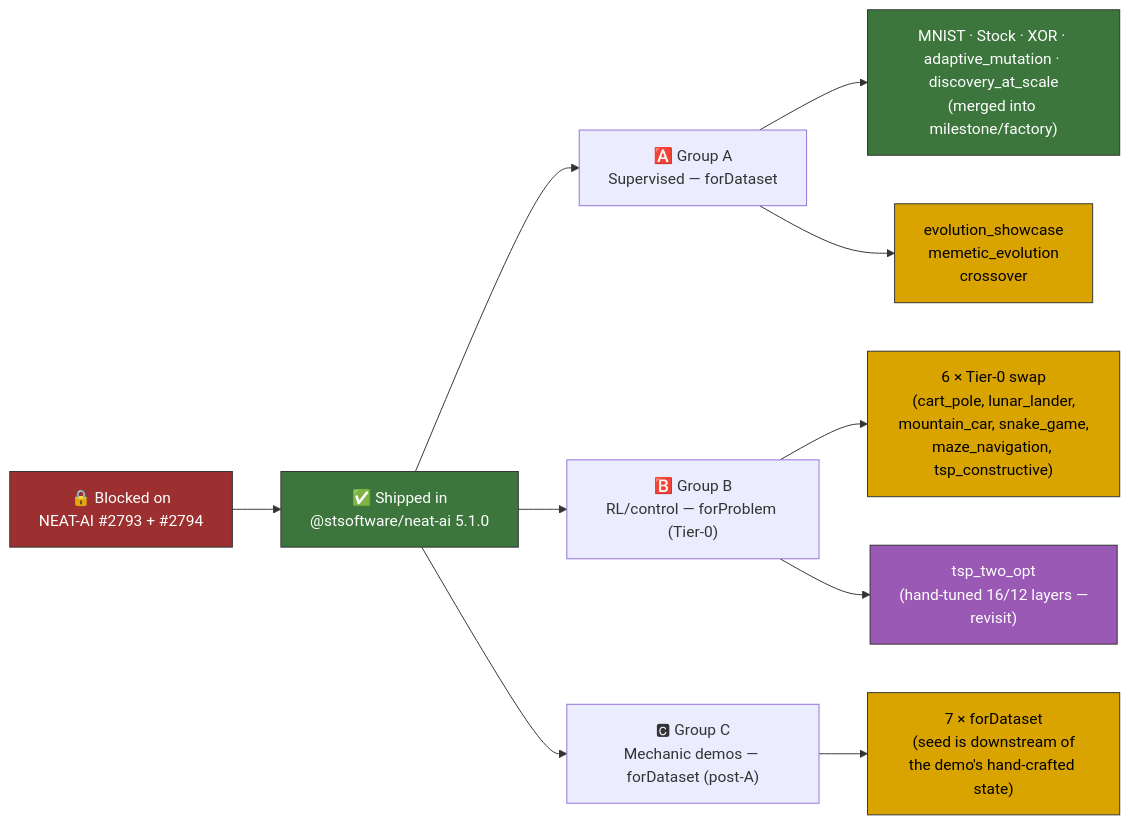
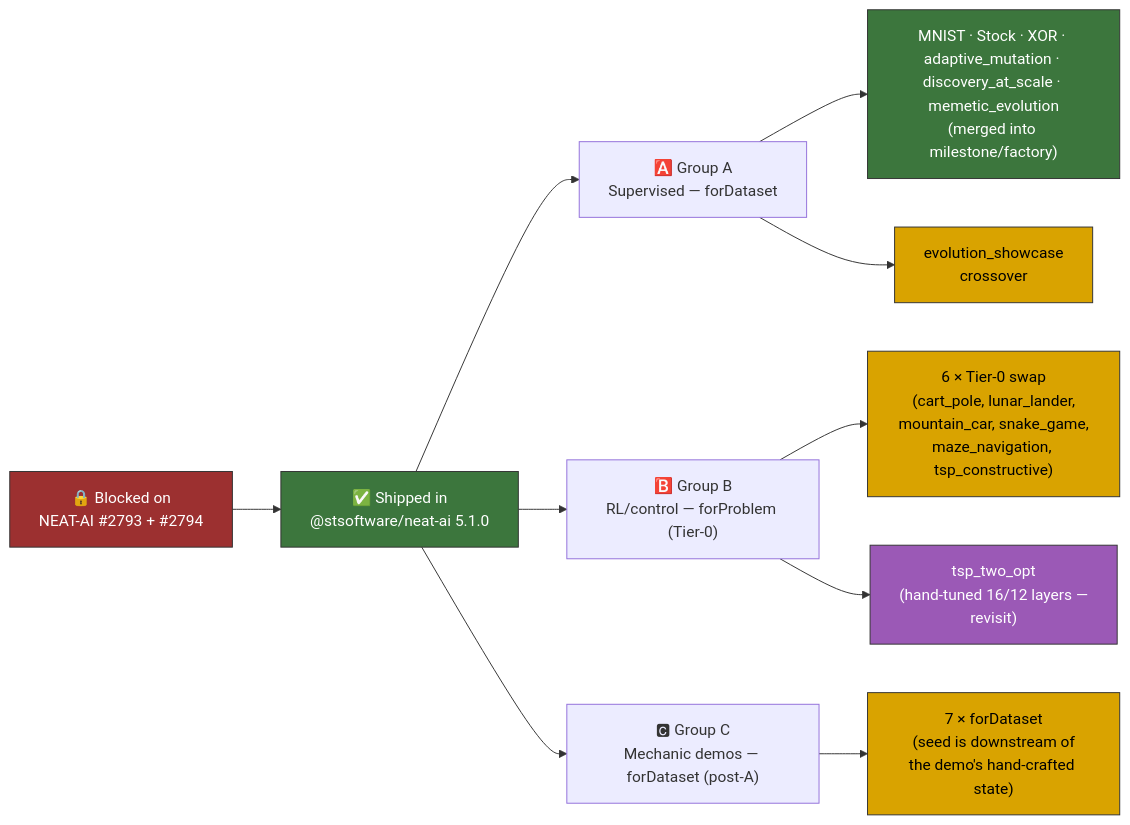
The diagram in docs/factory_adoption.md (stSoftwareAU/NEAT-AI-Examples), drawn with Mermaid before and after one commit. The commit also changed other lines of this file and 6 other files, not shown here.

First line of the commit message:
memetic_evolution: build seeds via the NEAT-AI factory (Issue #536)

````diff
--- a/docs/factory_adoption.md
+++ b/docs/factory_adoption.md
@@ -107,23 +107,23 @@
 ```mermaid
 flowchart LR
     BLOCK["🔒 Blocked on<br/>NEAT-AI #2793 + #2794"] --> SHIP["✅ Shipped in<br/>@stsoftware/neat-ai 5.1.0"]
     SHIP --> A["🅰️ Group A<br/>Supervised — forDataset"]
     SHIP --> B["🅱️ Group B<br/>RL/control — forProblem (Tier-0)"]
     SHIP --> C["🅲 Group C<br/>Mechanic demos — forDataset (post-A)"]
 
-    A --> A_DONE["MNIST · Stock · XOR · adaptive_mutation · discovery_at_scale<br/>(merged into milestone/factory)"]
-    A --> A_TODO["evolution_showcase<br/>memetic_evolution<br/>crossover"]
+    A --> A_DONE["MNIST · Stock · XOR · adaptive_mutation · discovery_at_scale · memetic_evolution<br/>(merged into milestone/factory)"]
+    A --> A_TODO["evolution_showcase<br/>crossover"]
 
     B --> B_TIER0["6 × Tier-0 swap<br/>(cart_pole, lunar_lander,<br/>mountain_car, snake_game,<br/>maze_navigation, tsp_constructive)"]
     B --> B_DEFER["tsp_two_opt<br/>(hand-tuned 16/12 layers —<br/>revisit)"]
 
     C --> C_FORDATASET["7 × forDataset<br/>(seed is downstream of<br/>the demo's hand-crafted state)"]
 
     style BLOCK fill:#9c3030,stroke:#333,color:#fff
     style SHIP fill:#3c763d,stroke:#333,color:#fff
     style A_DONE fill:#3c763d,stroke:#333,color:#fff
     style A_TODO fill:#d9a300,stroke:#333,color:#000
     style B_TIER0 fill:#d9a300,stroke:#333,color:#000
     style B_DEFER fill:#9b59b6,stroke:#333,color:#fff
     style C_FORDATASET fill:#d9a300,stroke:#333,color:#000
 ```
````
